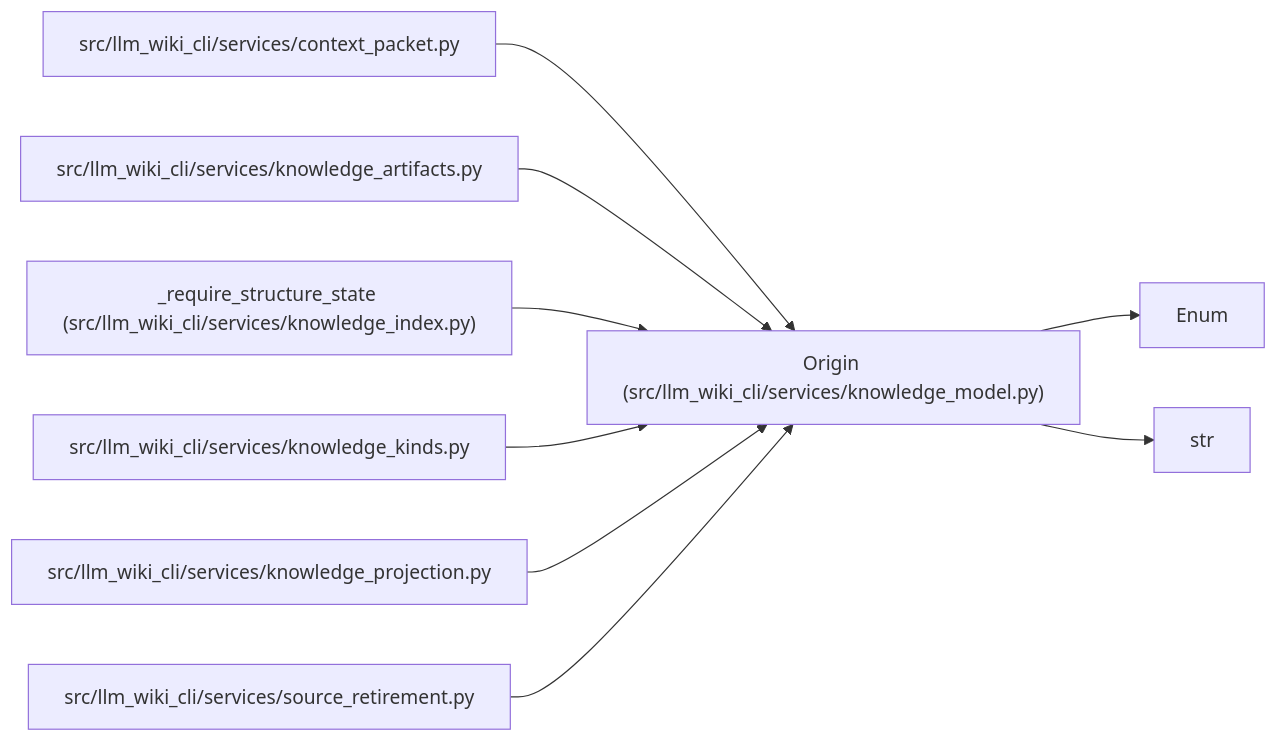
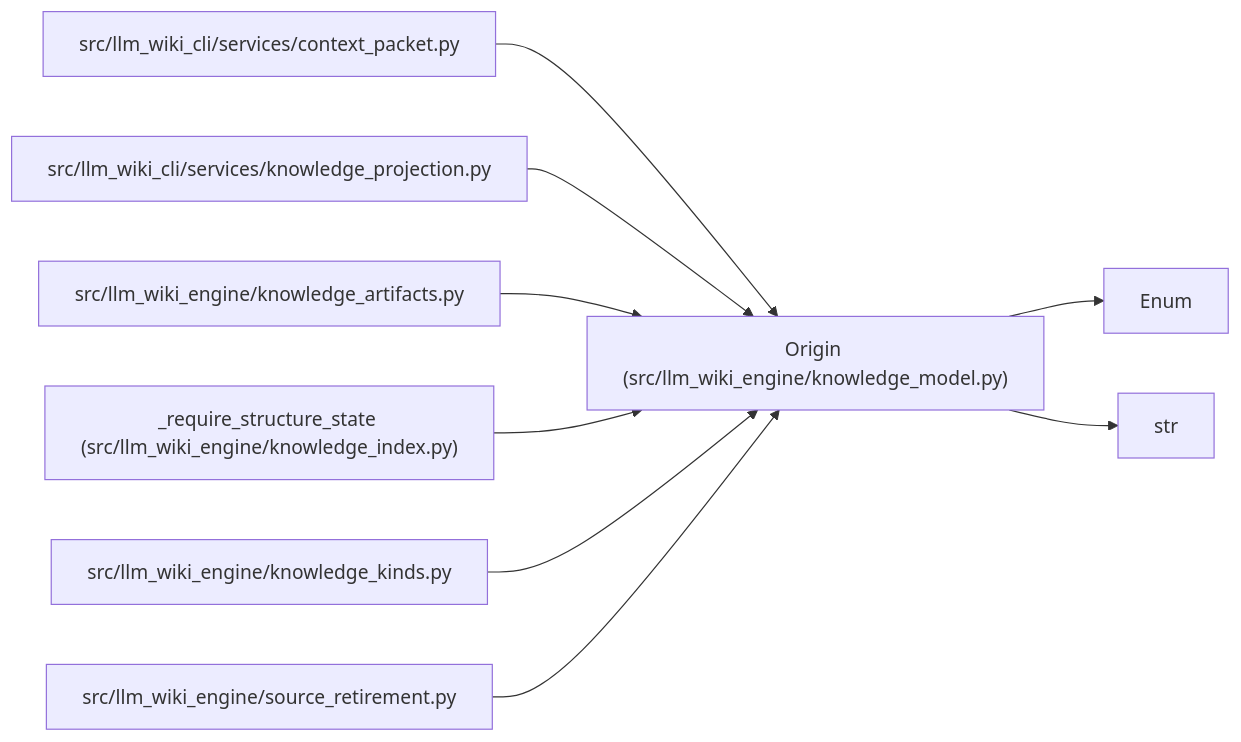
Before and after one commit to Denissvgn/python-wiki-llm: the diagram in docs/llm_wiki/entities/Origin.md, drawn with Mermaid. The commit also changed other lines of this file and 1058 other files, not shown here.

First line of the commit message:
docs: refresh the wiki for the knowledge store move

````diff
--- a/docs/llm_wiki/entities/Origin.md
+++ b/docs/llm_wiki/entities/Origin.md
@@ -31,27 +31,27 @@
 ```mermaid
 flowchart LR
-    n0["Origin (src/llm_wiki_cli/services/knowledge_model.py)"]
+    n0["Origin (src/llm_wiki_engine/knowledge_model.py)"]
     n1["Enum"]
     n2["str"]
     n3["src/llm_wiki_cli/services/context_packet.py"]
-    n4["src/llm_wiki_cli/services/knowledge_artifacts.py"]
-    n5["_require_structure_state (src/llm_wiki_cli/services/knowledge_index.py)"]
-    n6["src/llm_wiki_cli/services/knowledge_kinds.py"]
-    n7["src/llm_wiki_cli/services/knowledge_projection.py"]
-    n8["src/llm_wiki_cli/services/source_retirement.py"]
+    n4["src/llm_wiki_cli/services/knowledge_projection.py"]
+    n5["src/llm_wiki_engine/knowledge_artifacts.py"]
+    n6["_require_structure_state (src/llm_wiki_engine/knowledge_index.py)"]
+    n7["src/llm_wiki_engine/knowledge_kinds.py"]
+    n8["src/llm_wiki_engine/source_retirement.py"]
     n0 --> n1
     n0 --> n2
     n3 --> n0
     n4 --> n0
     n5 --> n0
     n6 --> n0
     n7 --> n0
     n8 --> n0
     click n0 "../modules/knowledge_model.md"
     click n3 "../modules/context_packet.md"
-    click n4 "../modules/knowledge_artifacts.md"
-    click n5 "../modules/knowledge_index.md"
-    click n6 "../modules/knowledge_kinds.md"
-    click n7 "../modules/knowledge_projection.md"
+    click n4 "../modules/knowledge_projection.md"
+    click n5 "../modules/knowledge_artifacts.md"
+    click n6 "../modules/knowledge_index.md"
+    click n7 "../modules/knowledge_kinds.md"
     click n8 "../modules/source_retirement.md"
 ```
````
